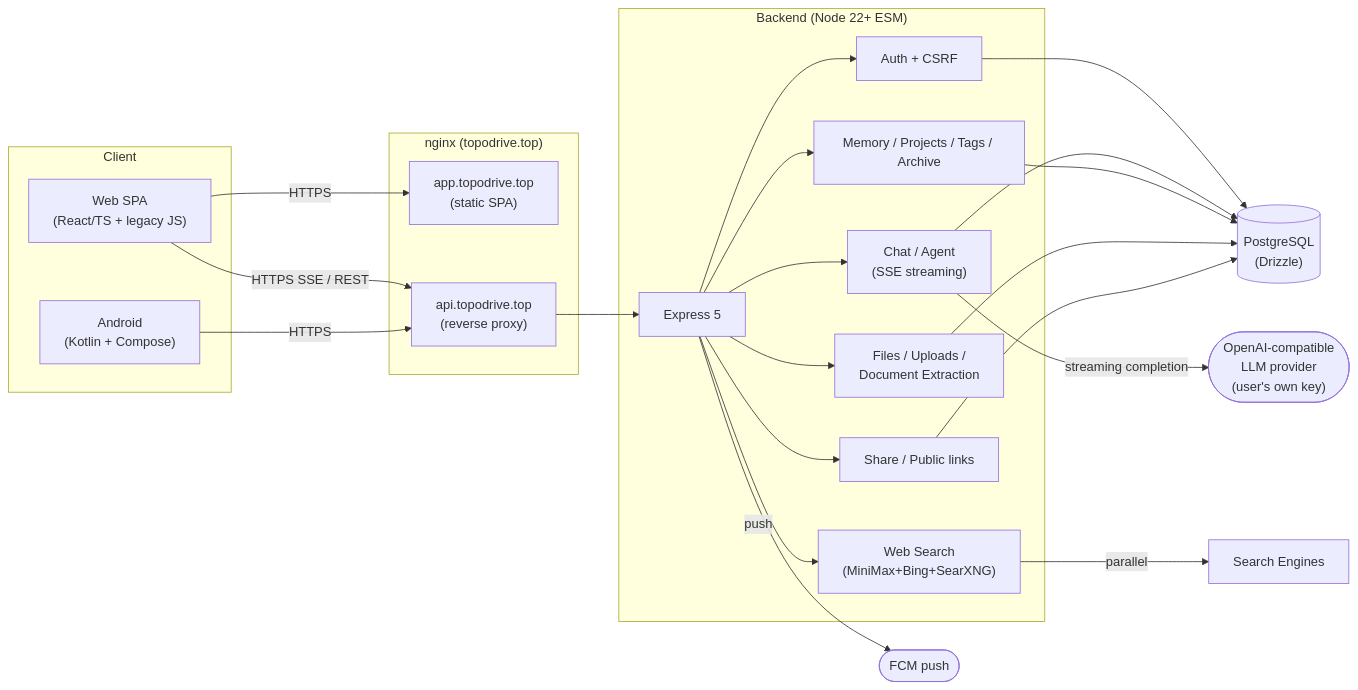
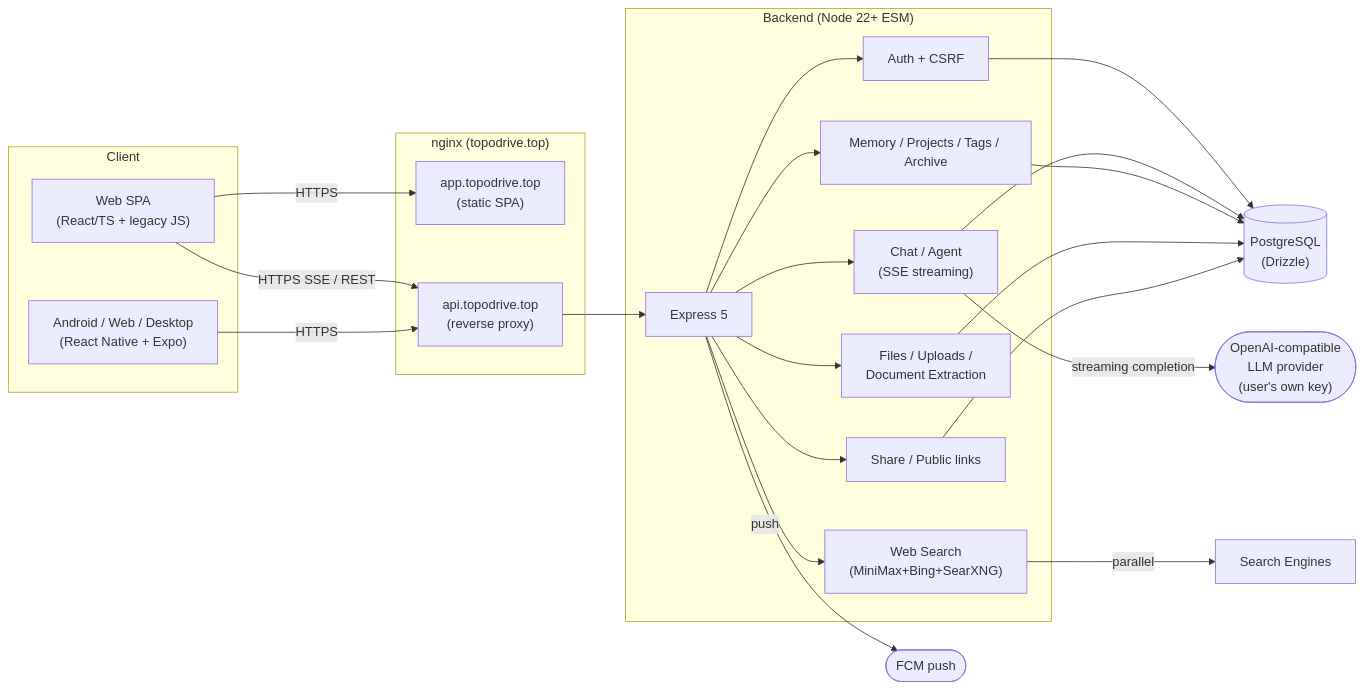
Before and after one commit to kevenhu001-cyber/Socrates: the first of 2 diagrams in README.md, drawn with Mermaid. The commit also changed other lines of this file and 74 other files, not shown here.

Commit message:
Migrate frontend shell to React Native

````diff
--- a/README.md
+++ b/README.md
@@ -210,45 +212,45 @@
 ```mermaid
 flowchart LR
   subgraph Client["Client"]
     SPA["Web SPA<br/>(React/TS + legacy JS)"]
-    APK["Android<br/>(Kotlin + Compose)"]
+    APK["Android / Web / Desktop<br/>(React Native + Expo)"]
   end
 
   subgraph Edge["nginx (topodrive.top)"]
     APP["app.topodrive.top<br/>(static SPA)"]
     API["api.topodrive.top<br/>(reverse proxy)"]
   end
 
   subgraph Server["Backend (Node 22+ ESM)"]
     EX["Express 5"]
     AUTH["Auth + CSRF"]
     CHAT["Chat / Agent<br/>(SSE streaming)"]
     MEM["Memory / Projects / Tags / Archive"]
     FILES["Files / Uploads /<br/>Document Extraction"]
     WEB["Web Search<br/>(MiniMax+Bing+SearXNG)"]
     SHARE["Share / Public links"]
   end
 
   DB[("PostgreSQL<br/>(Drizzle)")]
   LLM(["OpenAI-compatible<br/>LLM provider<br/>(user's own key)"])
   FCM(["FCM push"])
 
   SPA -->|HTTPS| APP
   SPA -->|HTTPS SSE / REST| API
   APK -->|HTTPS| API
   API --> EX
   EX --> AUTH
   EX --> CHAT
   EX --> MEM
   EX --> FILES
   EX --> WEB
   EX --> SHARE
   AUTH --> DB
   CHAT --> DB
   CHAT -->|streaming completion| LLM
   MEM --> DB
   FILES --> DB
   WEB -->|parallel| SE["Search Engines"]
   SHARE --> DB
   EX -->|push| FCM
 ```
````
